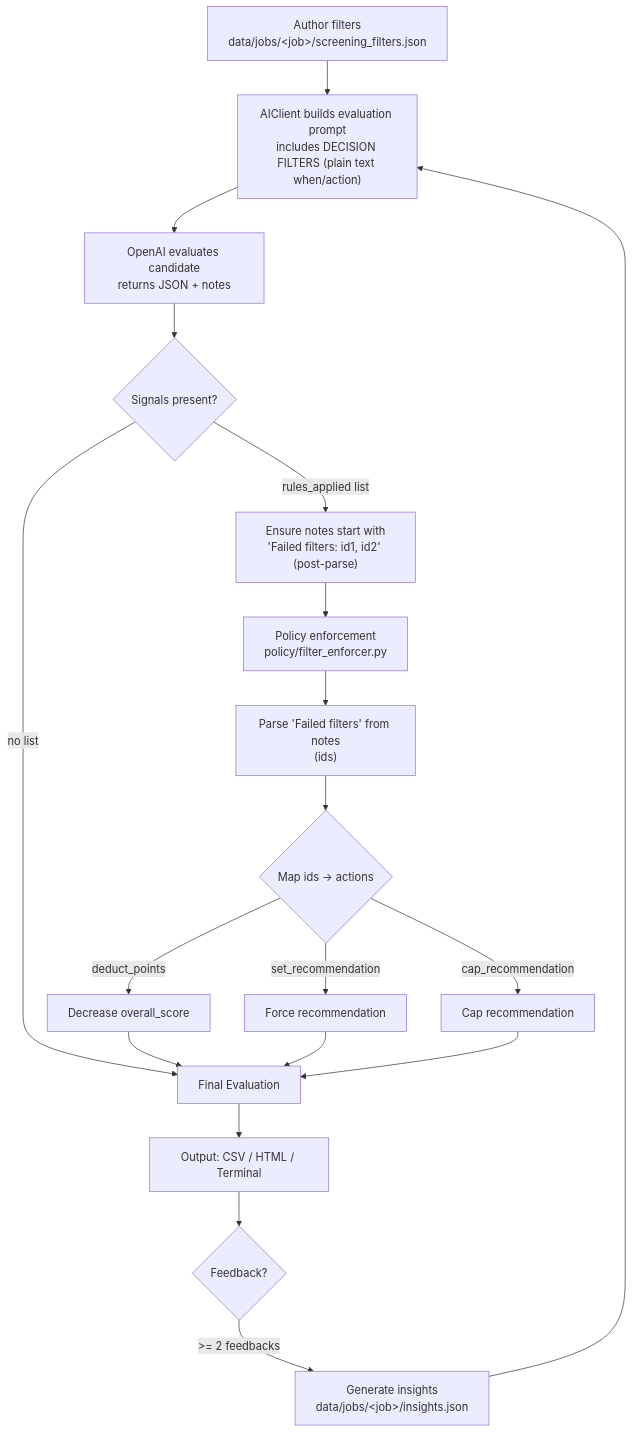
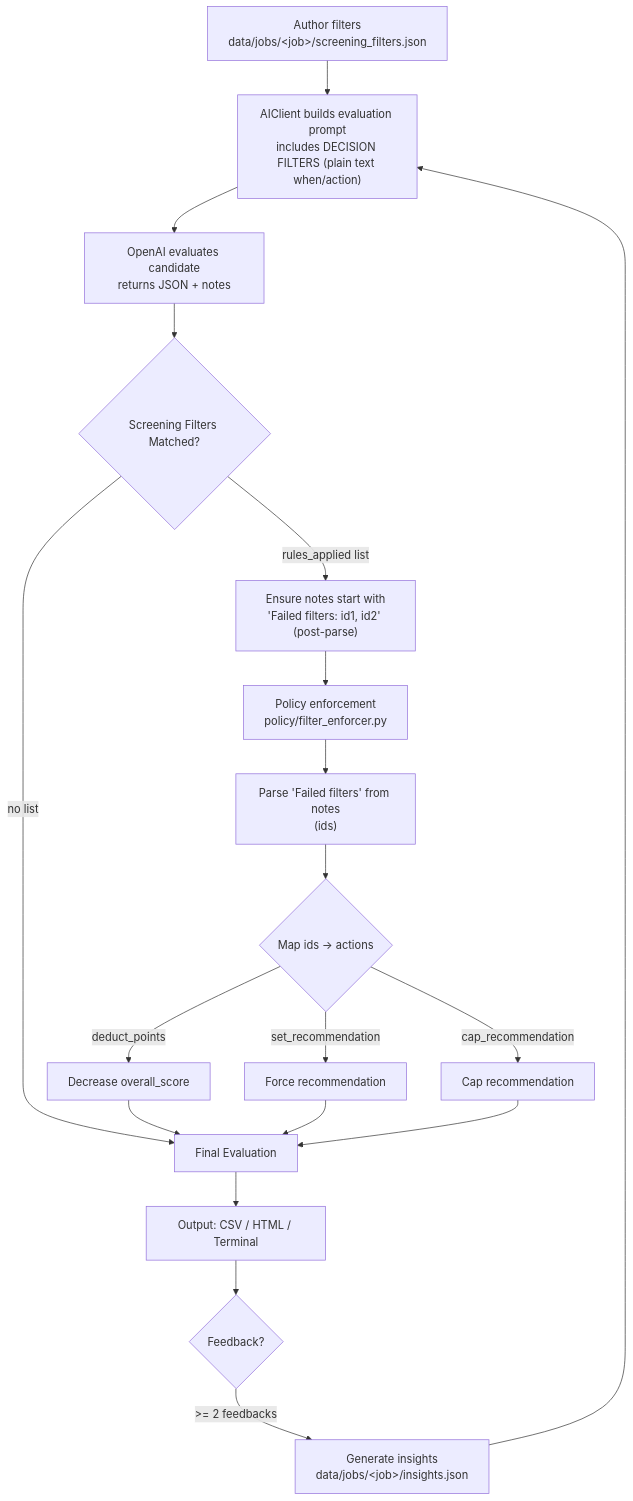
The diagram in SCREENING_FILTERS.md (KjellKod/ai_job_candidate_reviewer), drawn with Mermaid before and after one commit.

````diff
--- a/SCREENING_FILTERS.md
+++ b/SCREENING_FILTERS.md
@@ -20,21 +20,21 @@
 ```mermaid
 flowchart TD
   A["Author filters<br/>data/jobs/&lt;job&gt;/screening_filters.json"] --> B["AIClient builds evaluation prompt<br/>includes DECISION FILTERS (plain text when/action)"]
   B --> C["OpenAI evaluates candidate<br/>returns JSON + notes"]
-  C --> C1{"Signals present?"}
+  C --> C1{"Screening Filters Matched?"}
   C1 -->|rules_applied list| C2["Ensure notes start with<br/>'Failed filters: id1, id2' (post-parse)"]
   C1 -->|no list| I
   C2 --> D["Policy enforcement<br/>policy/filter_enforcer.py"]
   D --> D1["Parse 'Failed filters' from notes<br/>(ids)"]
   D1 --> E{"Map ids → actions"}
   E -->|deduct_points| F["Decrease overall_score"]
   E -->|set_recommendation| G["Force recommendation"]
   E -->|cap_recommendation| H["Cap recommendation"]
   F --> I["Final Evaluation"]
   G --> I
   H --> I
   I --> J["Output: CSV / HTML / Terminal"]
   J --> K{"Feedback?"}
   K -->|>= 2 feedbacks| L["Generate insights<br/>data/jobs/&lt;job&gt;/insights.json"]
   L --> B
 ```
````
